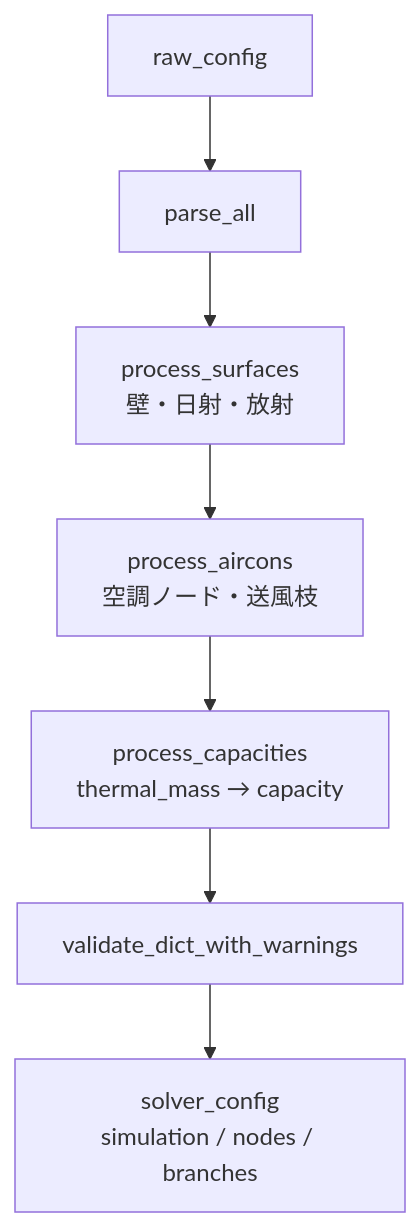
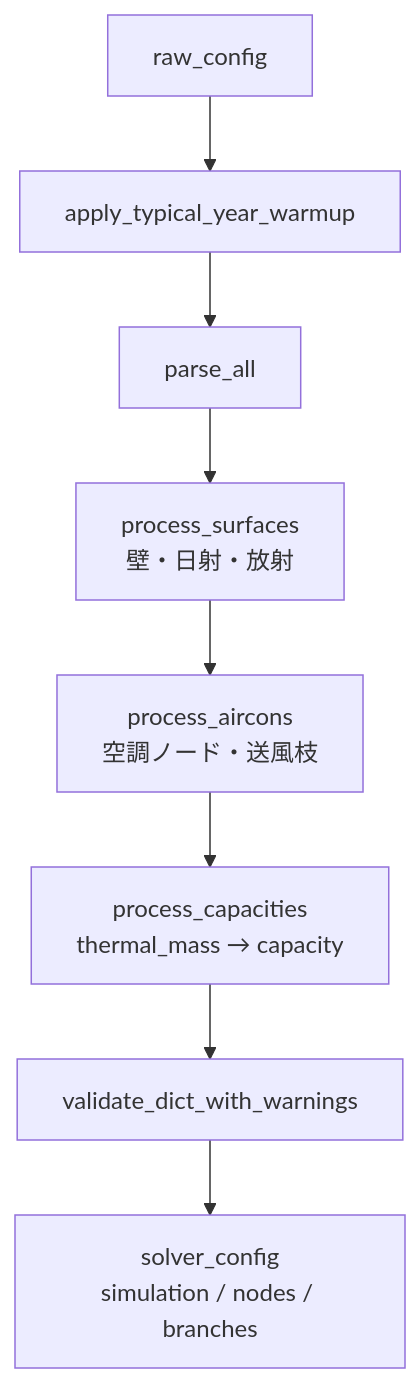
One commit to iguchi-lab/vtsimnx changed the first of 2 diagrams in engine/docs/builder_json.md. Above: the diagram before and after it, drawn with Mermaid. The commit also changed other lines of this file and 25 other files, not shown here.

First line of the commit message:
feat: add typical-year warmup and align standard_house with SimHeat

````diff
--- a/engine/docs/builder_json.md
+++ b/engine/docs/builder_json.md
@@ -15,9 +15,10 @@
 ```mermaid
 flowchart TD
-    RAW["raw_config"] --> P["parse_all"]
+    RAW["raw_config"] --> W["apply_typical_year_warmup"]
+    W --> P["parse_all"]
     P --> S["process_surfaces<br/>壁・日射・放射"]
     S --> A["process_aircons<br/>空調ノード・送風枝"]
     A --> C["process_capacities<br/>thermal_mass → capacity"]
     C --> V["validate_dict_with_warnings"]
     V --> OUT["solver_config<br/>simulation / nodes / branches"]
 ```
````
